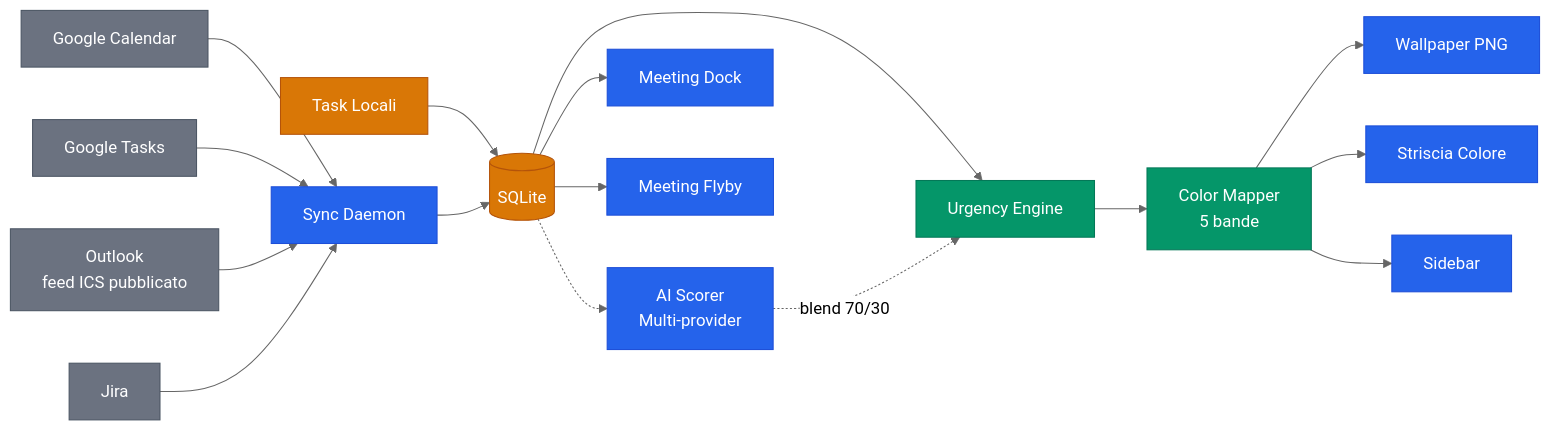
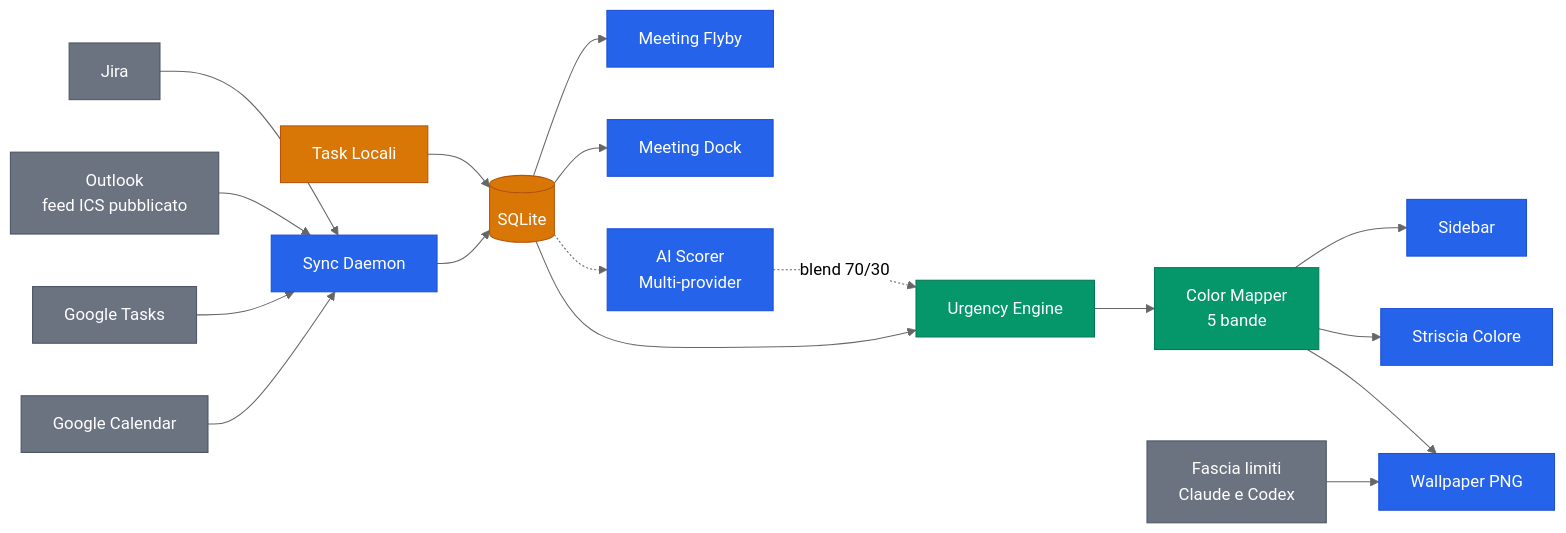
The diagram in README.it.md (AndreaBonn/deadline-aura), drawn with Mermaid before and after one commit. The commit also changed other lines of this file and 8 other files, not shown here.

First line of the commit message:
docs: align README, architecture and user guide with v1.8.0

````diff
--- a/README.it.md
+++ b/README.it.md
@@ -38,46 +38,48 @@
 ```mermaid
 %%{init: {'theme': 'neutral'}}%%
 graph LR
   gcal["Google Calendar"]
   gtasks["Google Tasks"]
   outlook["Outlook<br/>feed ICS pubblicato"]
   jira["Jira"]
   local["Task Locali"]
   sync["Sync Daemon"]
   store[("SQLite")]
   ai["AI Scorer<br/>Multi-provider"]
   engine["Urgency Engine"]
   cmap["Color Mapper<br/>5 bande"]
   wallpaper["Wallpaper PNG"]
   strip["Striscia Colore"]
   sidebar["Sidebar"]
   dock["Meeting Dock"]
   flyby["Meeting Flyby"]
+  usage["Fascia limiti<br/>Claude e Codex"]
 
   gcal --> sync
   gtasks --> sync
   outlook --> sync
   jira --> sync
   local --> store
   sync --> store
   store --> engine
   ai -.->|"blend 70/30"| engine
   store -.-> ai
   store --> dock
   store --> flyby
   engine --> cmap
   cmap --> wallpaper
+  usage --> wallpaper
   cmap --> strip
   cmap --> sidebar
 
   classDef core fill:#2563eb,stroke:#1d4ed8,color:#fff
   classDef data fill:#d97706,stroke:#b45309,color:#fff
   classDef ext fill:#6b7280,stroke:#4b5563,color:#fff
   classDef engine fill:#059669,stroke:#047857,color:#fff
 
-  class gcal,gtasks,outlook,jira ext
+  class gcal,gtasks,outlook,jira,usage ext
   class local,store data
   class sync,ai core
   class engine,cmap engine
   class wallpaper,strip,sidebar,dock,flyby core
 ```
````
